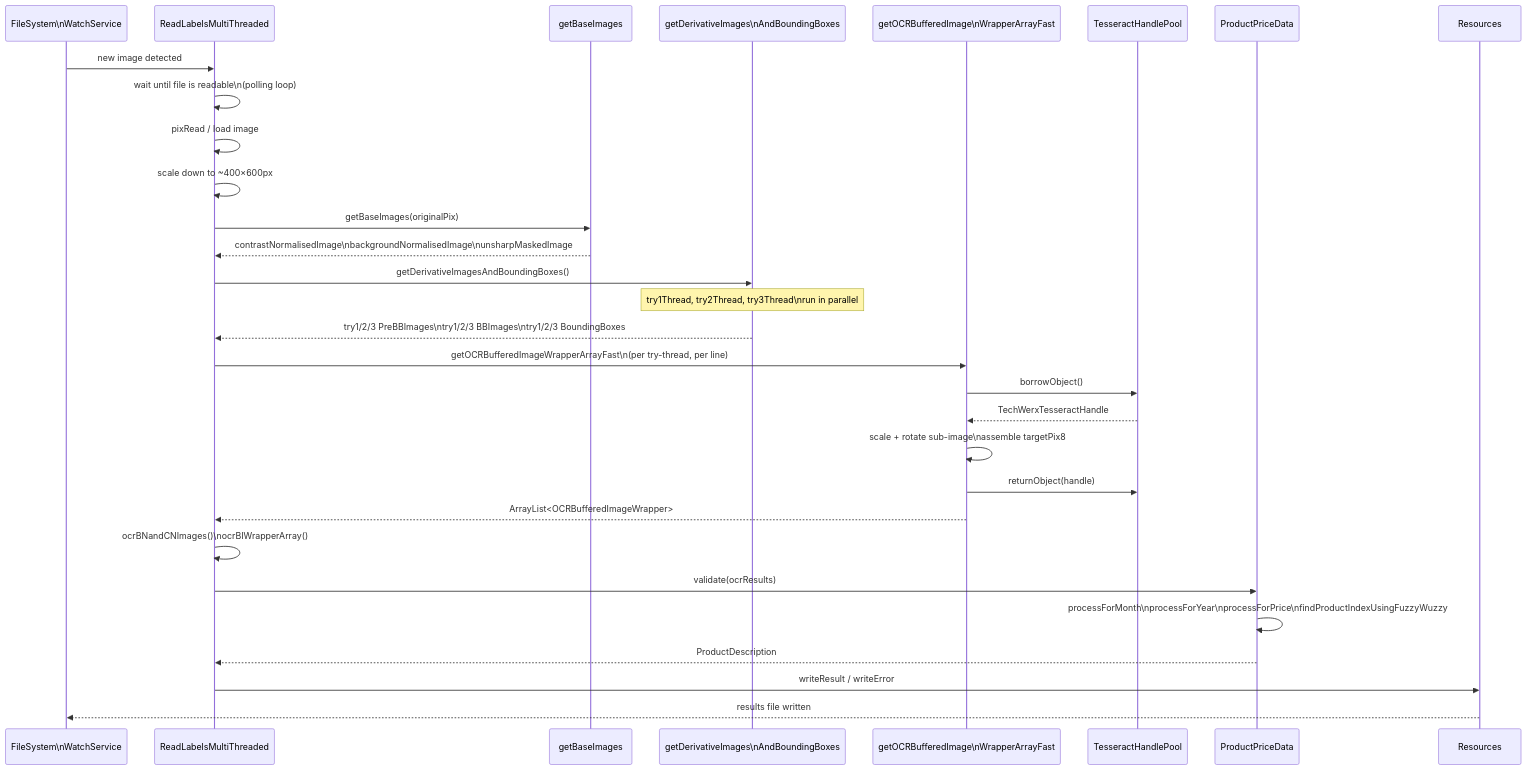
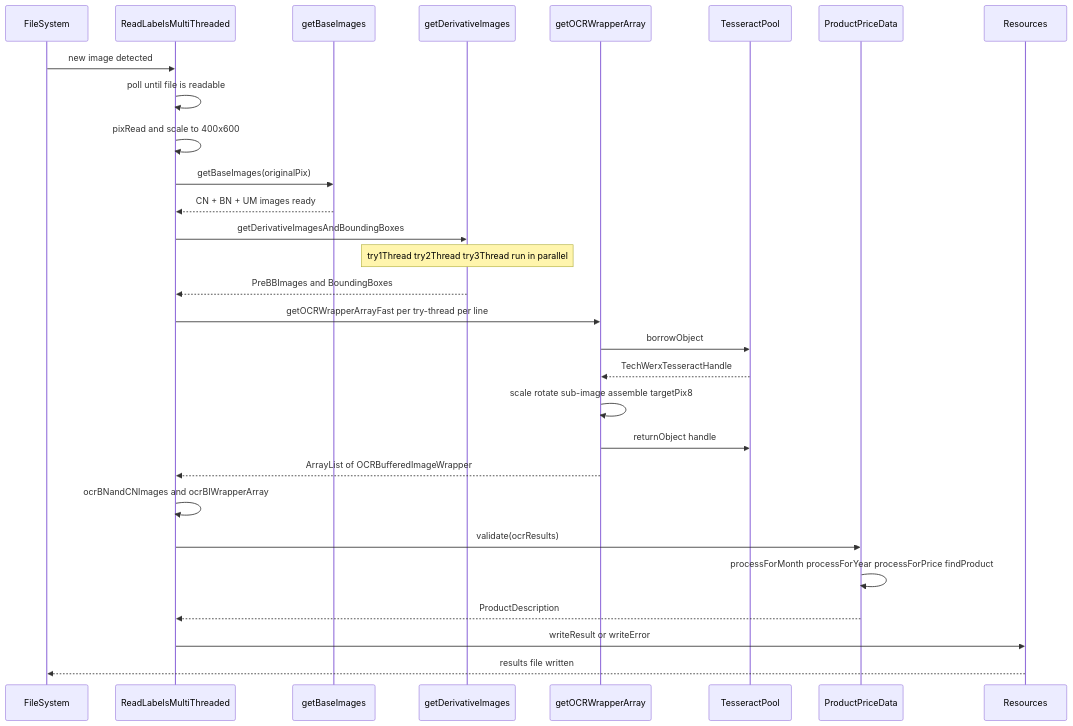
Before and after one commit to UBags/KitchenwarePackagingCompliance: the sixth of 15 diagrams in ReadMe.md, drawn with Mermaid. The commit also changed other lines of this file, not shown here.

````diff
--- a/ReadMe.md
+++ b/ReadMe.md
@@ -438,33 +379,32 @@
 ```mermaid
 sequenceDiagram
-    participant FS as FileSystem\nWatchService
+    participant FS as FileSystem
     participant RLM as ReadLabelsMultiThreaded
     participant GBI as getBaseImages
-    participant GDIB as getDerivativeImages\nAndBoundingBoxes
-    participant GOCR as getOCRBufferedImage\nWrapperArrayFast
-    participant TPOOL as TesseractHandlePool
+    participant GD as getDerivativeImages
+    participant GO as getOCRWrapperArray
+    participant TP as TesseractPool
     participant PPD as ProductPriceData
     participant RES as Resources
 
     FS->>RLM: new image detected
-    RLM->>RLM: wait until file is readable\n(polling loop)
-    RLM->>RLM: pixRead / load image
-    RLM->>RLM: scale down to ~400×600px
+    RLM->>RLM: poll until file is readable
+    RLM->>RLM: pixRead and scale to 400x600
     RLM->>GBI: getBaseImages(originalPix)
-    GBI-->>RLM: contrastNormalisedImage\nbackgroundNormalisedImage\nunsharpMaskedImage
-    RLM->>GDIB: getDerivativeImagesAndBoundingBoxes()
-    Note over GDIB: try1Thread, try2Thread, try3Thread\nrun in parallel
-    GDIB-->>RLM: try1/2/3 PreBBImages\ntry1/2/3 BBImages\ntry1/2/3 BoundingBoxes
-    RLM->>GOCR: getOCRBufferedImageWrapperArrayFast\n(per try-thread, per line)
-    GOCR->>TPOOL: borrowObject()
-    TPOOL-->>GOCR: TechWerxTesseractHandle
-    GOCR->>GOCR: scale + rotate sub-image\nassemble targetPix8
-    GOCR->>TPOOL: returnObject(handle)
-    GOCR-->>RLM: ArrayList<OCRBufferedImageWrapper>
-    RLM->>RLM: ocrBNandCNImages()\nocrBIWrapperArray()
+    GBI-->>RLM: CN + BN + UM images ready
+    RLM->>GD: getDerivativeImagesAndBoundingBoxes
+    note over GD: try1Thread try2Thread try3Thread run in parallel
+    GD-->>RLM: PreBBImages and BoundingBoxes
+    RLM->>GO: getOCRWrapperArrayFast per try-thread per line
+    GO->>TP: borrowObject
+    TP-->>GO: TechWerxTesseractHandle
+    GO->>GO: scale rotate sub-image assemble targetPix8
+    GO->>TP: returnObject handle
+    GO-->>RLM: ArrayList of OCRBufferedImageWrapper
+    RLM->>RLM: ocrBNandCNImages and ocrBIWrapperArray
     RLM->>PPD: validate(ocrResults)
-    PPD->>PPD: processForMonth\nprocessForYear\nprocessForPrice\nfindProductIndexUsingFuzzyWuzzy
+    PPD->>PPD: processForMonth processForYear processForPrice findProduct
     PPD-->>RLM: ProductDescription
-    RLM->>RES: writeResult / writeError
+    RLM->>RES: writeResult or writeError
     RES-->>FS: results file written
 ```
````
